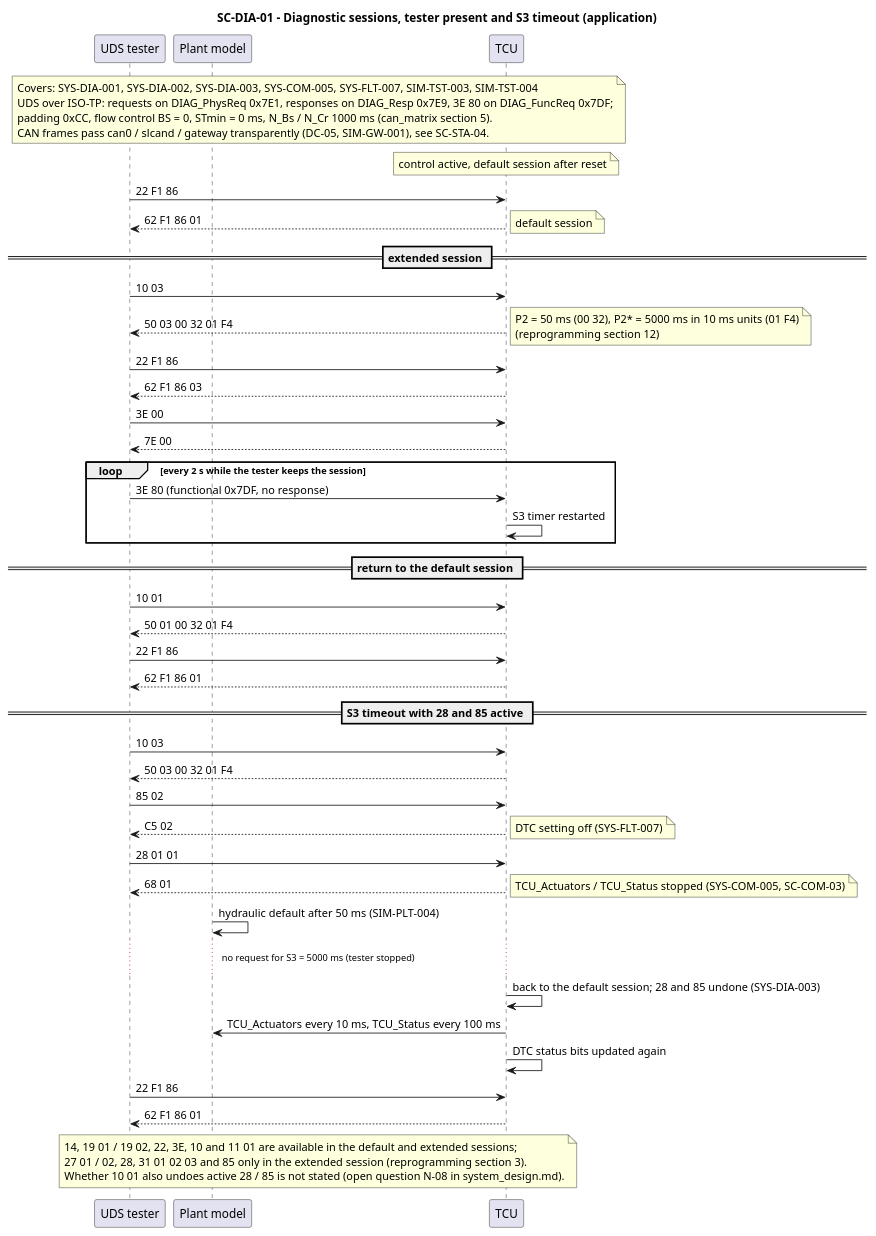
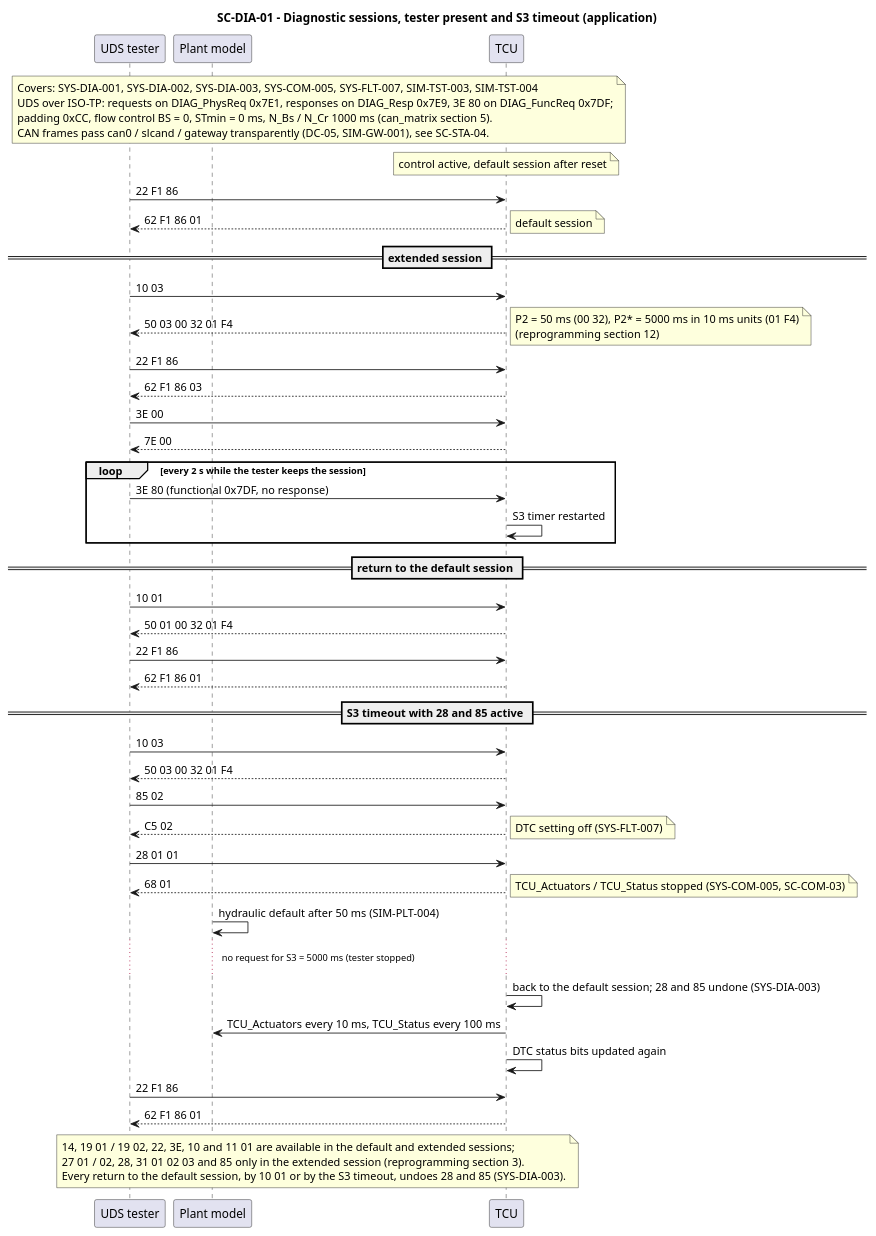
The diagram in docs/architecture/system/diagrams/seq_dia_sessions.puml (cavoidcodon/xAT), drawn with PlantUML before and after one commit. The commit also changed 16 other files, not shown here.

First line of the commit message:
Update system design for spec findings N-01..N-11 (TASK-026)

```diff
--- a/docs/architecture/system/diagrams/seq_dia_sessions.puml
+++ b/docs/architecture/system/diagrams/seq_dia_sessions.puml
@@ -1,62 +1,62 @@
 @startuml seq_dia_sessions
 title SC-DIA-01 - Diagnostic sessions, tester present and S3 timeout (application)
 
 participant "UDS tester" as Tester
 participant "Plant model" as Plant
 participant "TCU" as TCU
 
 note over Tester, TCU
 Covers: SYS-DIA-001, SYS-DIA-002, SYS-DIA-003, SYS-COM-005, SYS-FLT-007, SIM-TST-003, SIM-TST-004
 UDS over ISO-TP: requests on DIAG_PhysReq 0x7E1, responses on DIAG_Resp 0x7E9, 3E 80 on DIAG_FuncReq 0x7DF;
 padding 0xCC, flow control BS = 0, STmin = 0 ms, N_Bs / N_Cr 1000 ms (can_matrix section 5).
 CAN frames pass can0 / slcand / gateway transparently (DC-05, SIM-GW-001), see SC-STA-04.
 end note
 
 note over TCU: control active, default session after reset
 Tester -> TCU : 22 F1 86
 TCU --> Tester : 62 F1 86 01
 note right: default session
 
 == extended session ==
 Tester -> TCU : 10 03
 TCU --> Tester : 50 03 00 32 01 F4
 note right: P2 = 50 ms (00 32), P2* = 5000 ms in 10 ms units (01 F4)\n(reprogramming section 12)
 Tester -> TCU : 22 F1 86
 TCU --> Tester : 62 F1 86 03
 
 Tester -> TCU : 3E 00
 TCU --> Tester : 7E 00
 loop every 2 s while the tester keeps the session
   Tester -> TCU : 3E 80 (functional 0x7DF, no response)
   TCU -> TCU : S3 timer restarted
 end
 
 == return to the default session ==
 Tester -> TCU : 10 01
 TCU --> Tester : 50 01 00 32 01 F4
 Tester -> TCU : 22 F1 86
 TCU --> Tester : 62 F1 86 01
 
 == S3 timeout with 28 and 85 active ==
 Tester -> TCU : 10 03
 TCU --> Tester : 50 03 00 32 01 F4
 Tester -> TCU : 85 02
 TCU --> Tester : C5 02
 note right: DTC setting off (SYS-FLT-007)
 Tester -> TCU : 28 01 01
 TCU --> Tester : 68 01
 note right: TCU_Actuators / TCU_Status stopped (SYS-COM-005, SC-COM-03)
 Plant -> Plant : hydraulic default after 50 ms (SIM-PLT-004)
 ... no request for S3 = 5000 ms (tester stopped) ...
 TCU -> TCU : back to the default session; 28 and 85 undone (SYS-DIA-003)
 TCU -> Plant : TCU_Actuators every 10 ms, TCU_Status every 100 ms
 TCU -> TCU : DTC status bits updated again
 Tester -> TCU : 22 F1 86
 TCU --> Tester : 62 F1 86 01
 
 note over Tester, TCU
 14, 19 01 / 19 02, 22, 3E, 10 and 11 01 are available in the default and extended sessions;
 27 01 / 02, 28, 31 01 02 03 and 85 only in the extended session (reprogramming section 3).
-Whether 10 01 also undoes active 28 / 85 is not stated (open question N-08 in system_design.md).
+Every return to the default session, by 10 01 or by the S3 timeout, undoes 28 and 85 (SYS-DIA-003).
 end note
 @enduml
```
